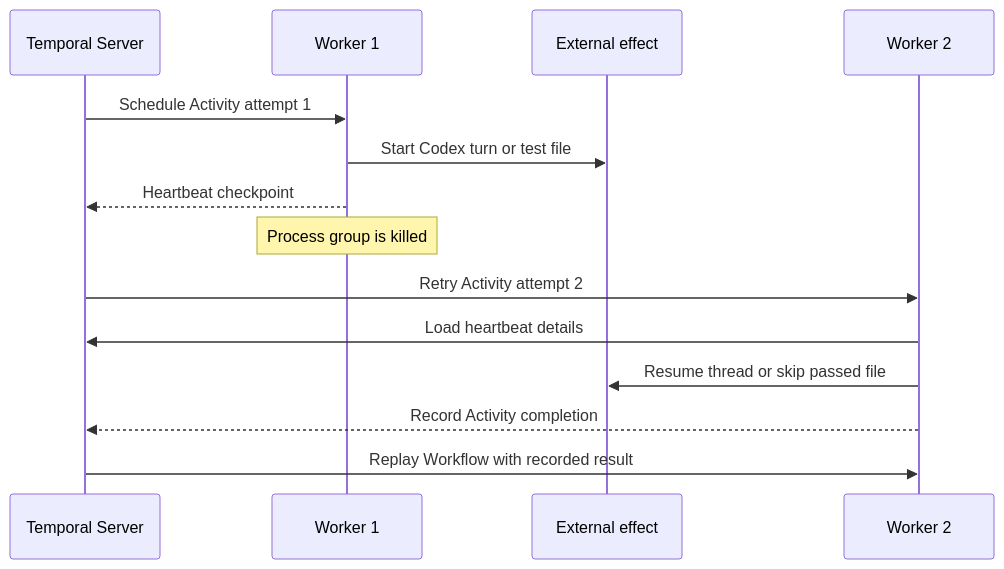
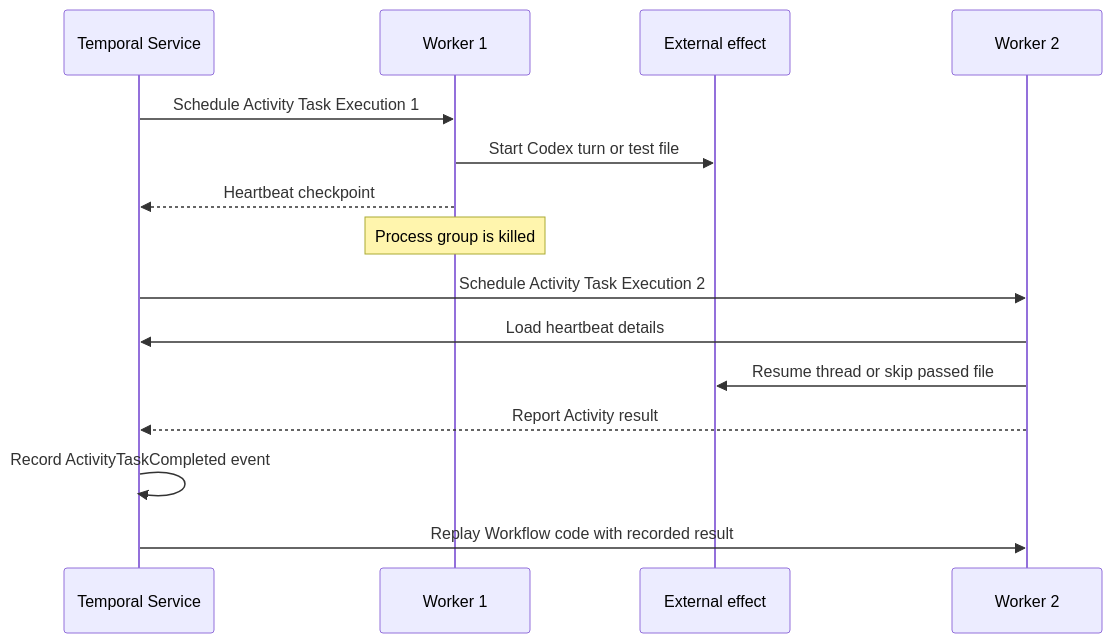
Before and after one commit to mootrichard/temporal-durable-agents: the third of 3 diagrams in docs/architecture.md, drawn with Mermaid. The commit also changed other lines of this file and 5 other files, not shown here.

````diff
--- a/docs/architecture.md
+++ b/docs/architecture.md
@@ -84,17 +90,18 @@
 ```mermaid
 sequenceDiagram
-  participant TS as Temporal Server
+  participant TS as Temporal Service
   participant W1 as Worker 1
   participant E as External effect
   participant W2 as Worker 2
 
-  TS->>W1: Schedule Activity attempt 1
+  TS->>W1: Schedule Activity Task Execution 1
   W1->>E: Start Codex turn or test file
   W1-->>TS: Heartbeat checkpoint
   Note over W1: Process group is killed
-  TS->>W2: Retry Activity attempt 2
+  TS->>W2: Schedule Activity Task Execution 2
   W2->>TS: Load heartbeat details
   W2->>E: Resume thread or skip passed file
-  W2-->>TS: Record Activity completion
-  TS->>W2: Replay Workflow with recorded result
+  W2-->>TS: Report Activity result
+  TS->>TS: Record ActivityTaskCompleted event
+  TS->>W2: Replay Workflow code with recorded result
 ```
````
